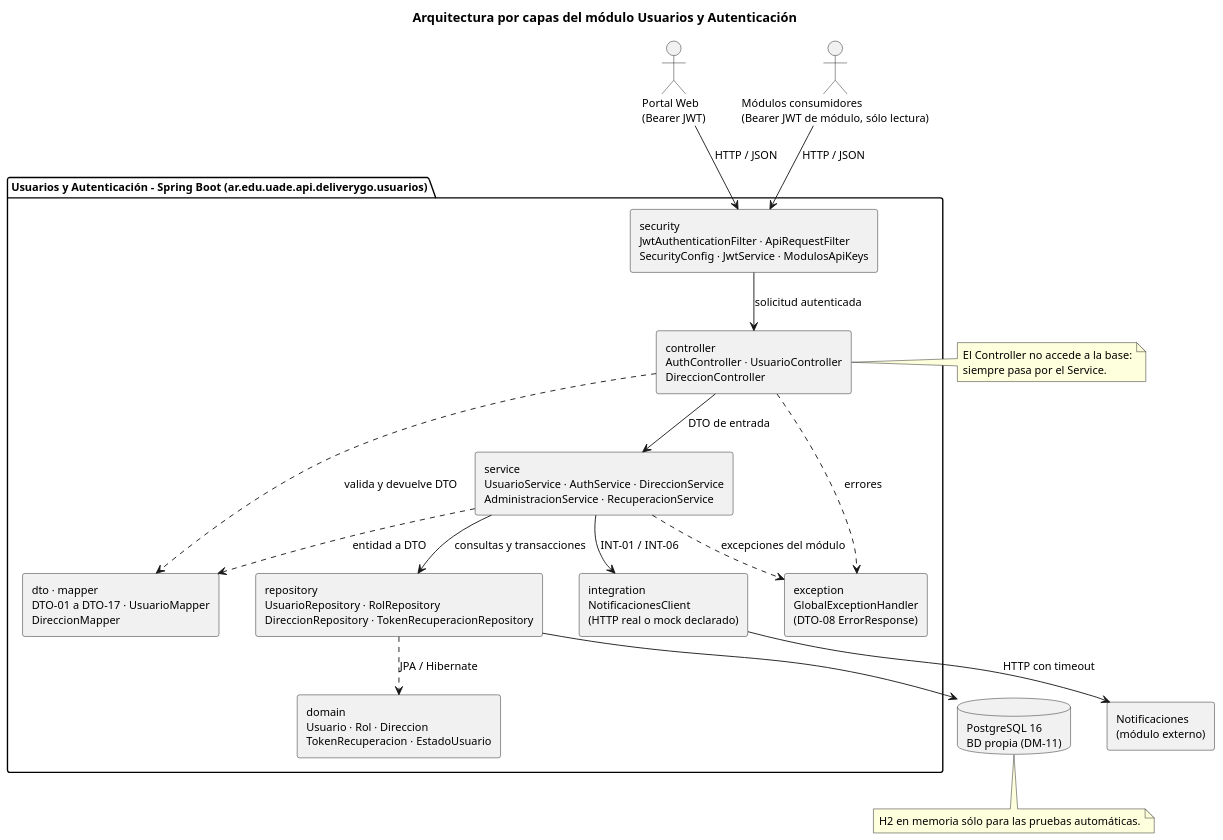
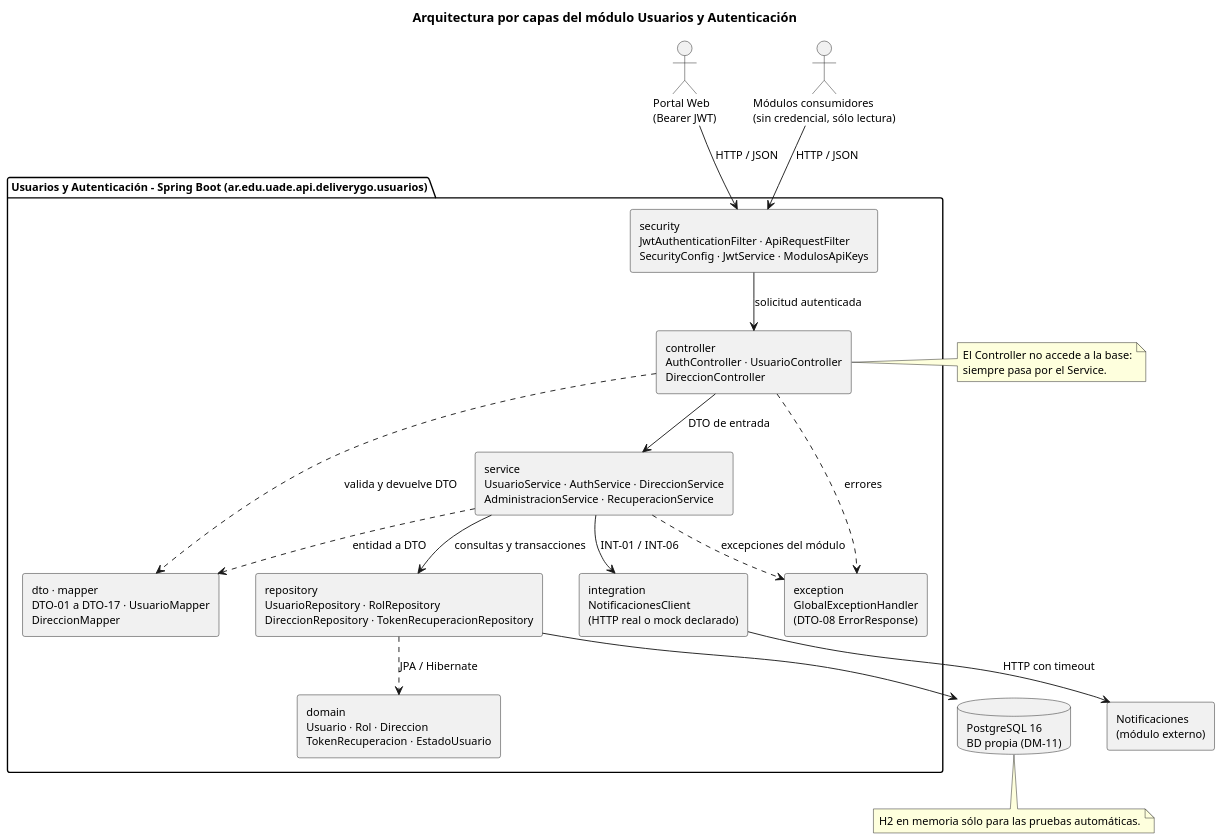
One commit to CarlaGorgal2002/deliverygo-usuarios-auth changed the diagram in doc/Diagramas/arquitectura.puml. Above: the diagram before and after it, drawn with PlantUML. The commit also changed 48 other files, not shown here.

First line of the commit message:
feat(integracion): los modulos consultan a Usuarios sin JWT ni claves

```diff
--- a/doc/Diagramas/arquitectura.puml
+++ b/doc/Diagramas/arquitectura.puml
@@ -1,44 +1,44 @@
 @startuml arquitectura
 skinparam dpi 120
 skinparam shadowing false
 skinparam defaultFontName Arial
 skinparam defaultFontSize 12
 skinparam componentStyle rectangle
 skinparam nodesep 40
 skinparam ranksep 45
 title Arquitectura por capas del módulo Usuarios y Autenticación
 
 actor "Portal Web\n(Bearer JWT)" as Portal
-actor "Módulos consumidores\n(Bearer JWT de módulo, sólo lectura)" as Mods
+actor "Módulos consumidores\n(sin credencial, sólo lectura)" as Mods
 
 package "Usuarios y Autenticación - Spring Boot (ar.edu.uade.api.deliverygo.usuarios)" {
   component "security\nJwtAuthenticationFilter · ApiRequestFilter\nSecurityConfig · JwtService · ModulosApiKeys" as Sec
   component "controller\nAuthController · UsuarioController\nDireccionController" as Ctrl
   component "dto · mapper\nDTO-01 a DTO-17 · UsuarioMapper\nDireccionMapper" as Dto
   component "service\nUsuarioService · AuthService · DireccionService\nAdministracionService · RecuperacionService" as Srv
   component "repository\nUsuarioRepository · RolRepository\nDireccionRepository · TokenRecuperacionRepository" as Rep
   component "domain\nUsuario · Rol · Direccion\nTokenRecuperacion · EstadoUsuario" as Dom
   component "integration\nNotificacionesClient\n(HTTP real o mock declarado)" as Int
   component "exception\nGlobalExceptionHandler\n(DTO-08 ErrorResponse)" as Exc
 }
 
 database "PostgreSQL 16\nBD propia (DM-11)" as DB
 component "Notificaciones\n(módulo externo)" as Notif
 
 Portal --> Sec : HTTP / JSON
 Mods --> Sec : HTTP / JSON
 Sec --> Ctrl : solicitud autenticada
 Ctrl --> Srv : DTO de entrada
 Ctrl ..> Dto : valida y devuelve DTO
 Srv --> Rep : consultas y transacciones
 Srv ..> Dto : entidad a DTO
 Srv --> Int : INT-01 / INT-06
 Rep ..> Dom : JPA / Hibernate
 Rep --> DB
 Int --> Notif : HTTP con timeout
 Ctrl ..> Exc : errores
 Srv ..> Exc : excepciones del módulo
 
 note bottom of DB : H2 en memoria sólo para las pruebas automáticas.
 note right of Ctrl : El Controller no accede a la base:\nsiempre pasa por el Service.
 @enduml
```
